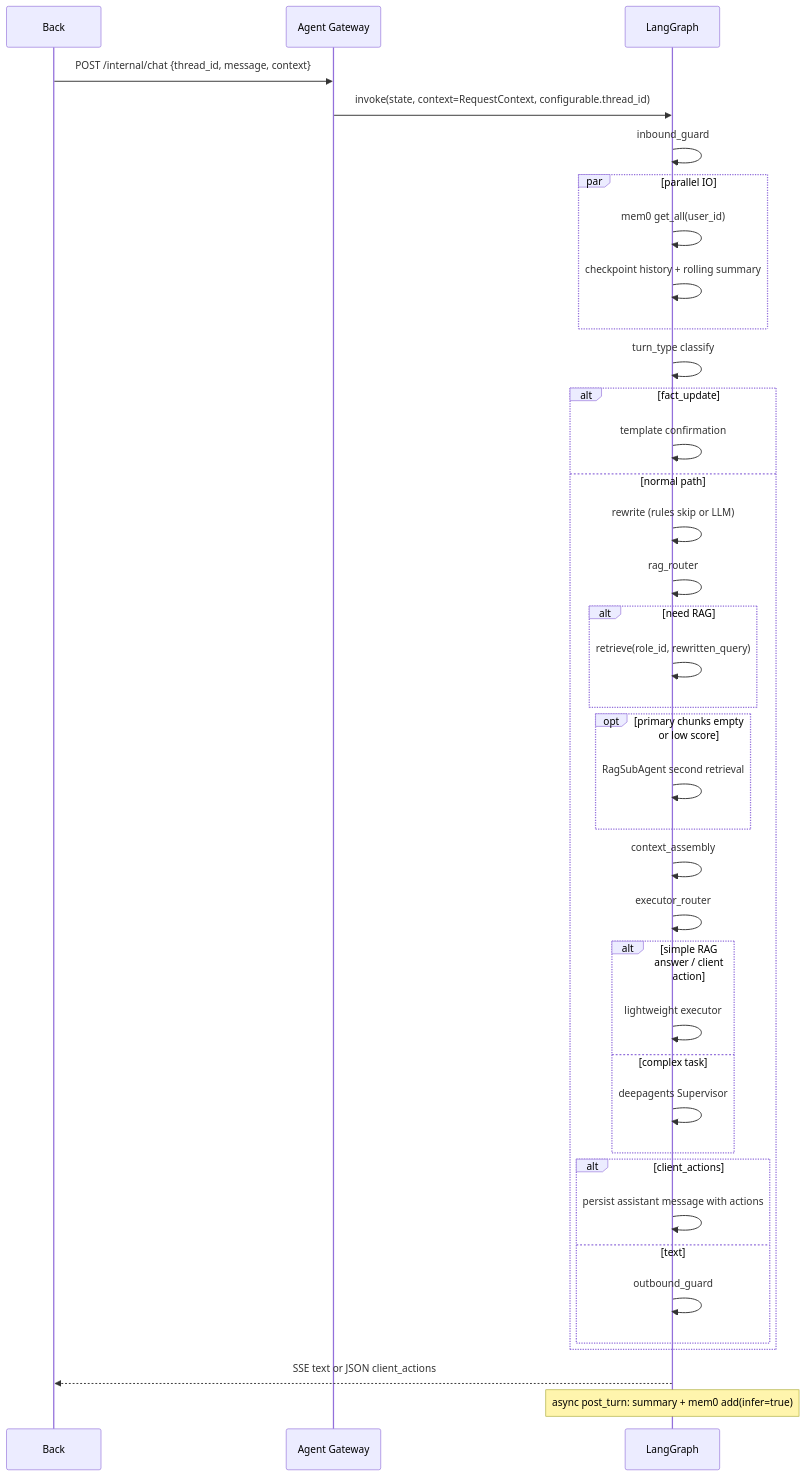
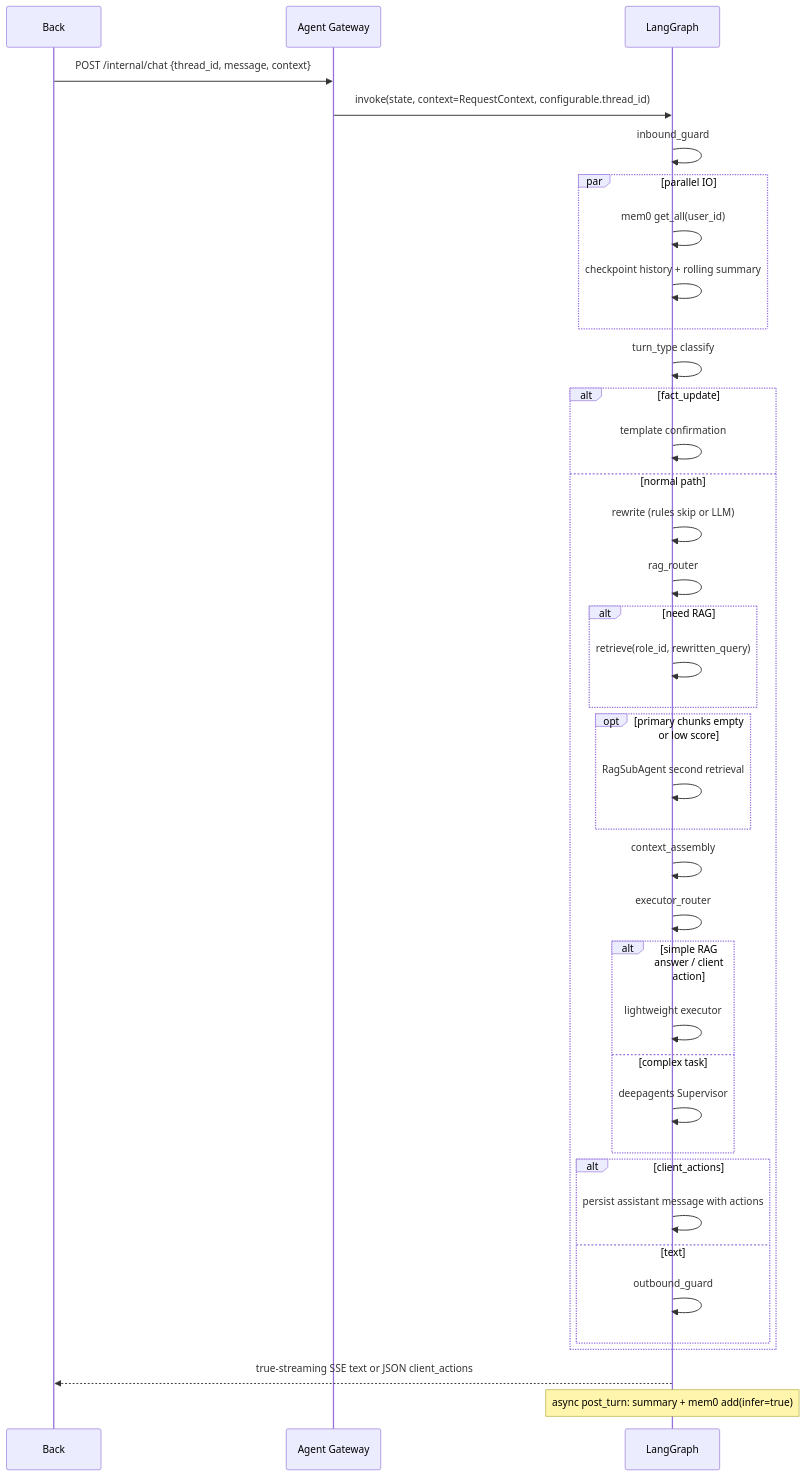
One commit to lrxCn/commonAgent changed the diagram in README.md. Above: the diagram before and after it, drawn with Mermaid. The commit also changed other lines of this file and 5 other files, not shown here.

````diff
--- a/README.md
+++ b/README.md
@@ -211,41 +211,41 @@
 ```mermaid
 sequenceDiagram
   participant Back
   participant GW as Agent Gateway
   participant G as LangGraph
 
   Back->>GW: POST /internal/chat {thread_id, message, context}
   GW->>G: invoke(state, context=RequestContext, configurable.thread_id)
   G->>G: inbound_guard
   par parallel IO
     G->>G: mem0 get_all(user_id)
     G->>G: checkpoint history + rolling summary
   end
   G->>G: turn_type classify
   alt fact_update
     G->>G: template confirmation
   else normal path
     G->>G: rewrite (rules skip or LLM)
     G->>G: rag_router
     alt need RAG
       G->>G: retrieve(role_id, rewritten_query)
     end
     opt primary chunks empty or low score
       G->>G: RagSubAgent second retrieval
     end
     G->>G: context_assembly
     G->>G: executor_router
     alt simple RAG answer / client action
       G->>G: lightweight executor
     else complex task
       G->>G: deepagents Supervisor
     end
     alt client_actions
       G->>G: persist assistant message with actions
     else text
       G->>G: outbound_guard
     end
   end
-  G-->>Back: SSE text or JSON client_actions
+  G-->>Back: true-streaming SSE text or JSON client_actions
   Note over G: async post_turn: summary + mem0 add(infer=true)
 ```
````
